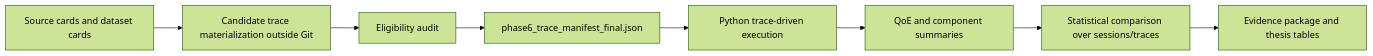
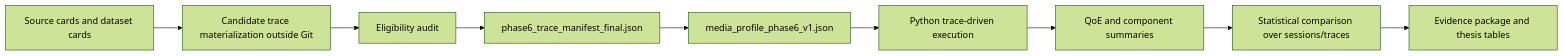
Before and after one commit to DNLPRTL/ClienteDashTFG: the first of 2 diagrams in docs/science/06_validation/results_tables_plan.md, drawn with Mermaid (forest theme). The commit also changed other lines of this file and 28 other files, not shown here.

Commit message:
feat(validation): add Phase 6 MPD media profile freeze

````diff
--- a/docs/science/06_validation/results_tables_plan.md
+++ b/docs/science/06_validation/results_tables_plan.md
@@ -37,10 +38,11 @@
 ```mermaid
 flowchart LR
     A["Source cards and dataset cards"] --> B["Candidate trace materialization outside Git"]
     B --> C["Eligibility audit"]
     C --> D["phase6_trace_manifest_final.json"]
-    D --> E["Python trace-driven execution"]
-    E --> F["QoE and component summaries"]
-    F --> G["Statistical comparison over sessions/traces"]
-    G --> H["Evidence package and thesis tables"]
+    D --> E["media_profile_phase6_v1.json"]
+    E --> F["Python trace-driven execution"]
+    F --> G["QoE and component summaries"]
+    G --> H["Statistical comparison over sessions/traces"]
+    H --> I["Evidence package and thesis tables"]
 ```
````
